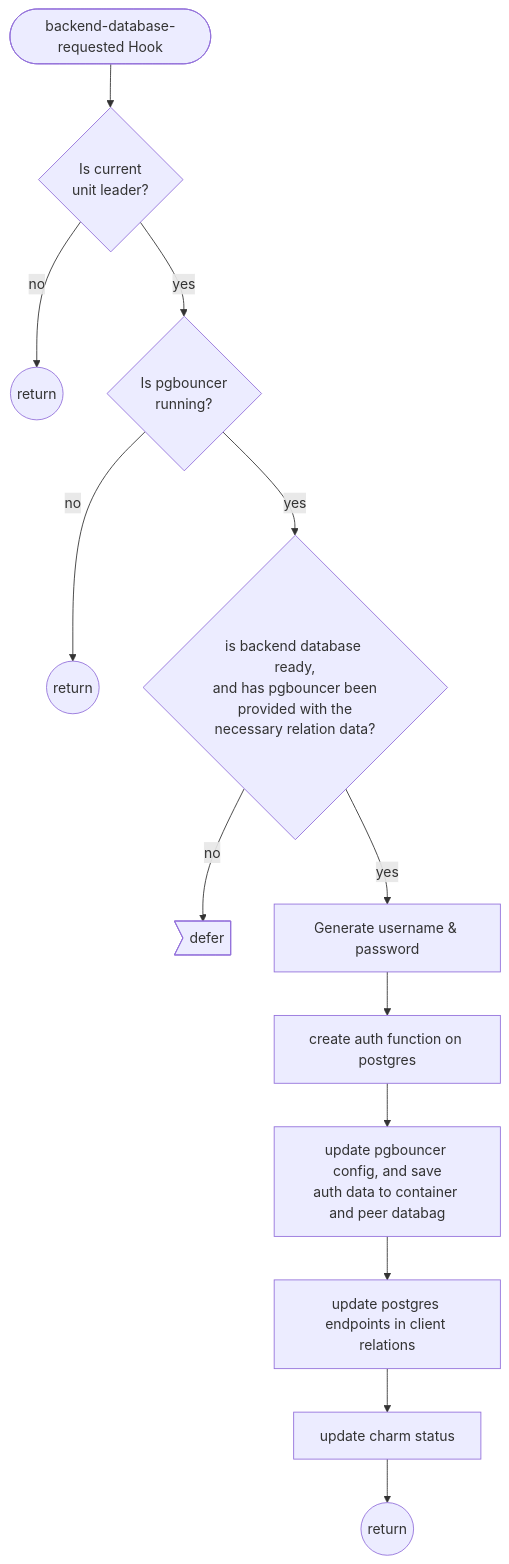
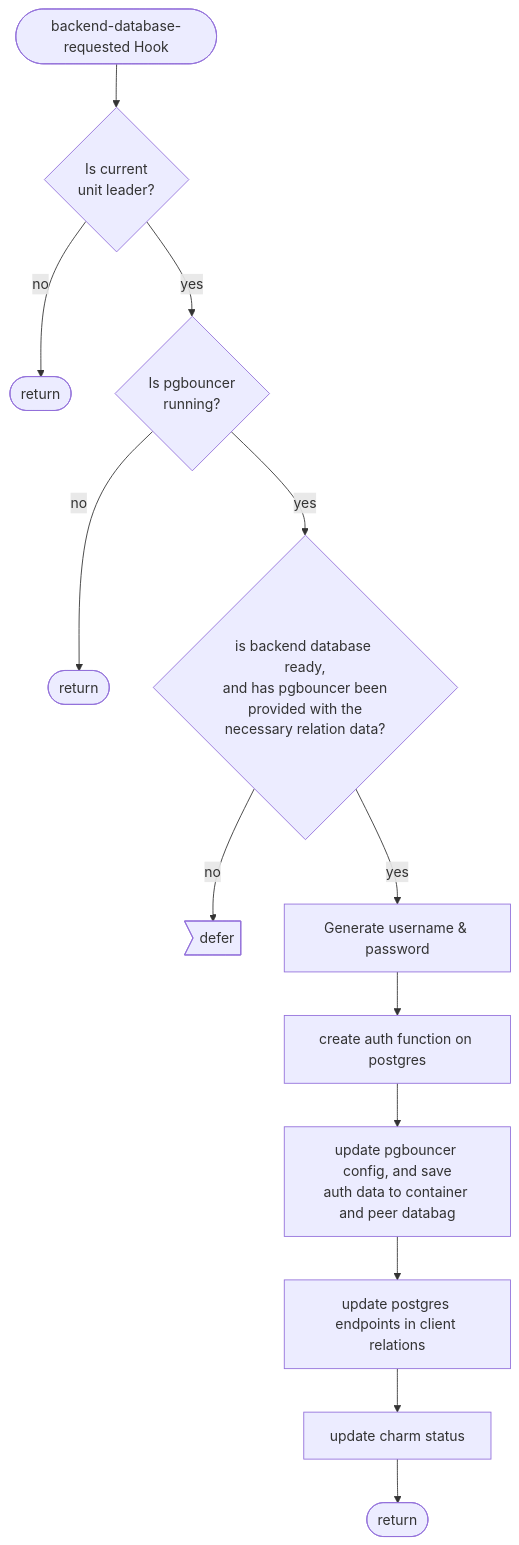
The sixth of 15 diagrams in CONTRIBUTING.md (canonical/pgbouncer-k8s-operator), drawn with Mermaid before and after one commit. The commit also changed other lines of this file, not shown here.

````diff
--- a/CONTRIBUTING.md
+++ b/CONTRIBUTING.md
@@ -136,15 +155,15 @@
 ```mermaid
 flowchart TD
   hook_fired([backend-database-requested Hook]) --> is_leader{Is current\nunit leader?}
-  is_leader -- no --> rtn((return))
+  is_leader -- no --> rtn([return])
   is_leader -- yes --> is_running{Is pgbouncer\nrunning?}
-  is_running -- no --> rtn3((return))
+  is_running -- no --> rtn3([return])
   is_running -- yes --> is_backend_ready{is backend database ready,\nand has pgbouncer been\nprovided with the\nnecessary relation data?}
   is_backend_ready -- no --> defer>defer]
   is_backend_ready -- yes --> generate_user[Generate username & password]
   generate_user --> create_auth_func[create auth function on postgres]
   create_auth_func --> save_auth_data[update pgbouncer config, and save\nauth data to container and peer databag]
   save_auth_data --> update_relations[update postgres endpoints in client relations]
   update_relations --> update_status[update charm status]
-  update_status --> rtn2((return))
+  update_status --> rtn2([return])
 ```
````
